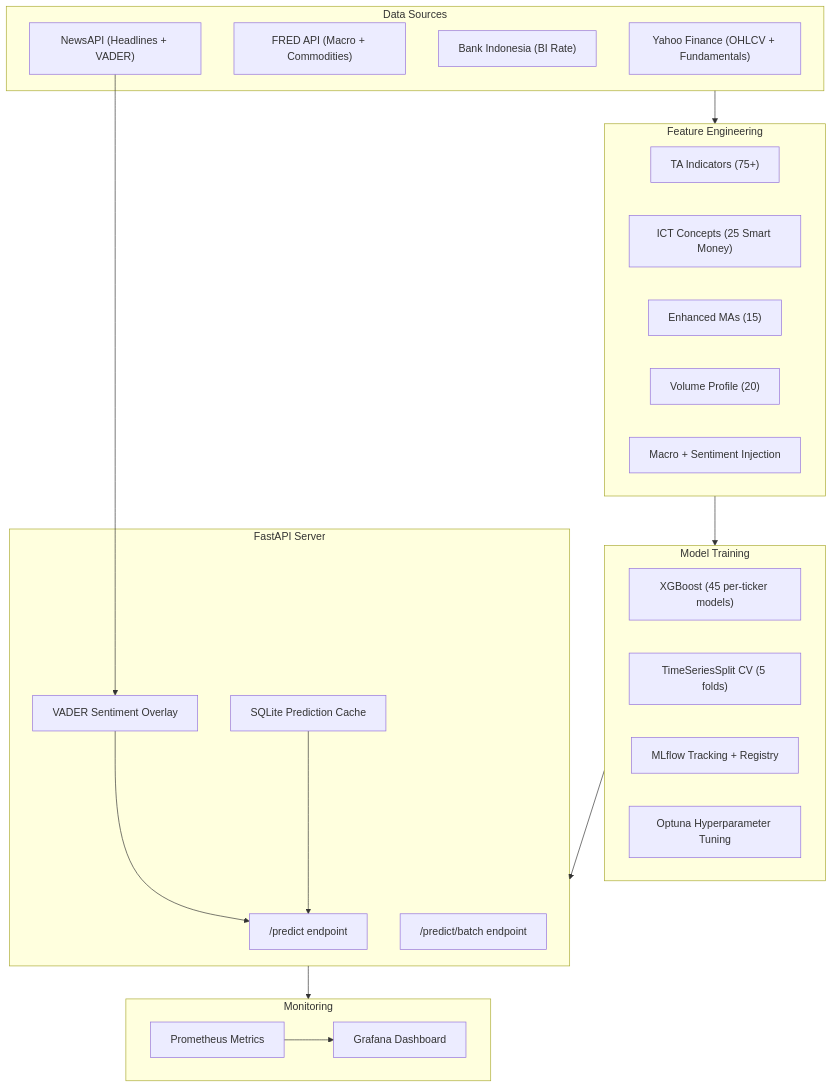
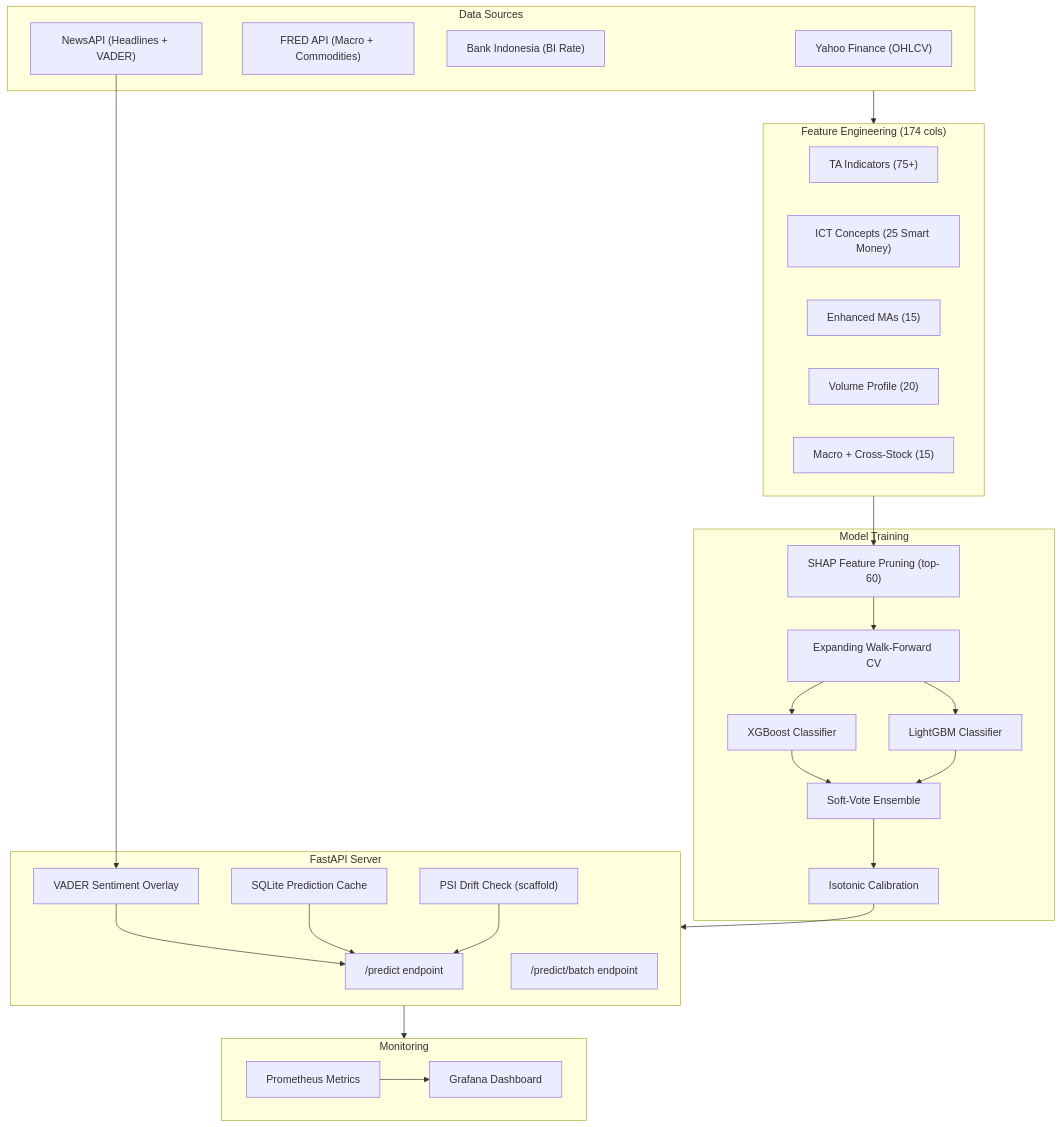
One commit to rafifshaf-fun/indonesian-stock-mlops changed the diagram in README.md. Above: the diagram before and after it, drawn with Mermaid. The commit also changed other lines of this file and 5 other files, not shown here.

````diff
--- a/README.md
+++ b/README.md
@@ -29,46 +36,56 @@
 ```mermaid
 flowchart TB
     subgraph Data["Data Sources"]
-        YH["Yahoo Finance (OHLCV + Fundamentals)"]
+        YH["Yahoo Finance (OHLCV)"]
         FR["FRED API (Macro + Commodities)"]
         BI["Bank Indonesia (BI Rate)"]
         NA["NewsAPI (Headlines + VADER)"]
     end
 
-    subgraph Features["Feature Engineering"]
+    subgraph Features["Feature Engineering (174 cols)"]
         TA["TA Indicators (75+)"]
         ICT["ICT Concepts (25 Smart Money)"]
         EMA["Enhanced MAs (15)"]
         VP["Volume Profile (20)"]
-        MX["Macro + Sentiment Injection"]
+        MX["Macro + Cross-Stock (15)"]
     end
 
     subgraph Training["Model Training"]
-        XG["XGBoost (45 per-ticker models)"]
-        CV["TimeSeriesSplit CV (5 folds)"]
-        MLF["MLflow Tracking + Registry"]
-        OT["Optuna Hyperparameter Tuning"]
+        SHAP["SHAP Feature Pruning (top-60)"]
+        CV["Expanding Walk-Forward CV"]
+        XG["XGBoost Classifier"]
+        LG["LightGBM Classifier"]
+        EN["Soft-Vote Ensemble"]
+        CAL["Isotonic Calibration"]
     end
 
     subgraph API["FastAPI Server"]
         PRED["/predict endpoint"]
         BATCH["/predict/batch endpoint"]
         CACHE["SQLite Prediction Cache"]
         SENT["VADER Sentiment Overlay"]
+        PSI["PSI Drift Check (scaffold)"]
     end
 
     subgraph Monitor["Monitoring"]
         PROM["Prometheus Metrics"]
         GRAF["Grafana Dashboard"]
     end
 
     Data --> Features
-    Features --> Training
-    Training --> API
+    Features --> SHAP
+    SHAP --> CV
+    CV --> XG
+    CV --> LG
+    XG --> EN
+    LG --> EN
+    EN --> CAL
+    CAL --> API
     API --> Monitor
 
     NA --> SENT
     SENT --> PRED
     CACHE --> PRED
+    PSI --> PRED
     PROM --> GRAF
 ```
````
